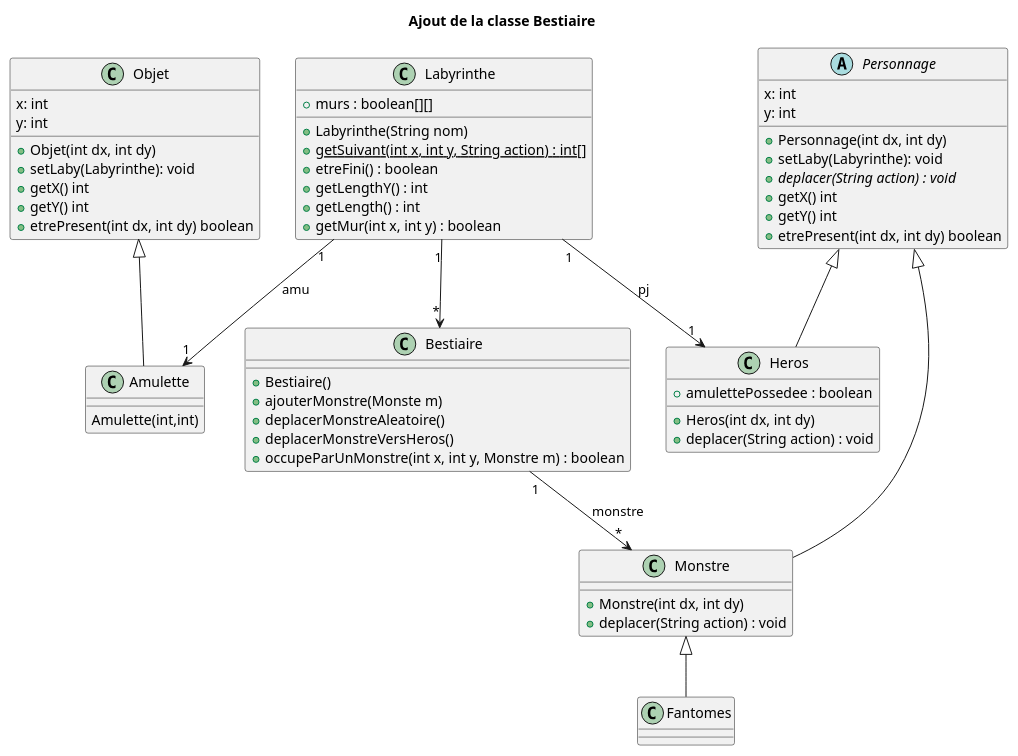
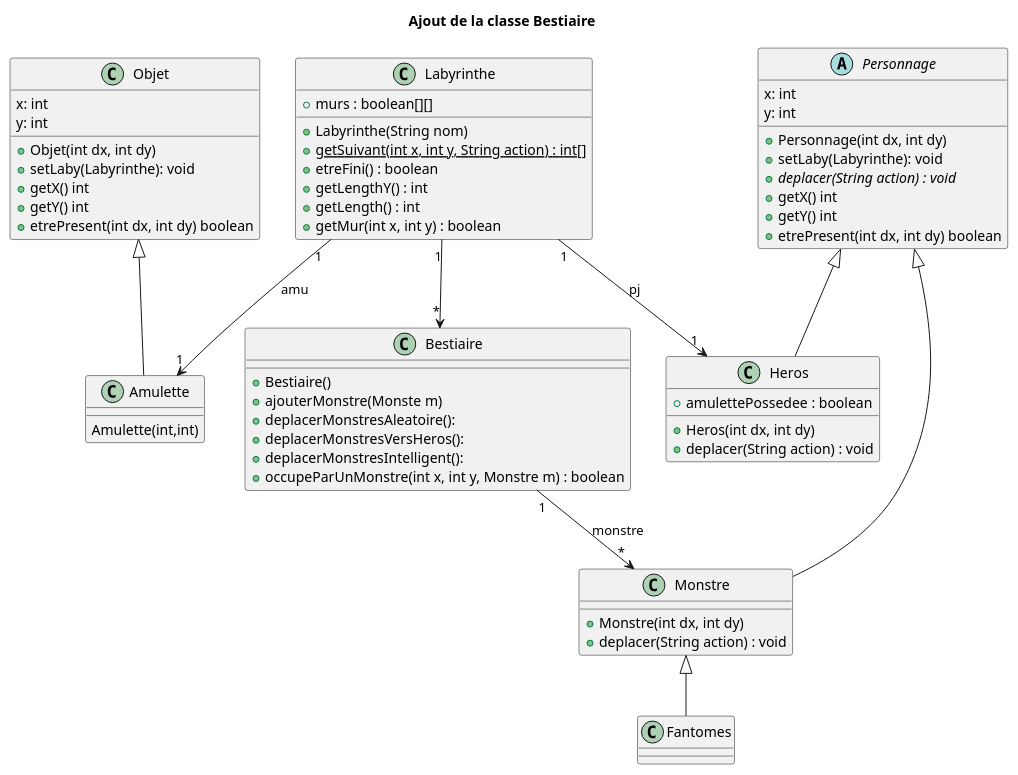
The diagram in documents/version_4/DC_Bestiaire.puml (crochetremi/2025_Zeldiablo2_e20157u_e82008u_e89209u_e26078u), drawn with PlantUML before and after one commit. The commit also changed 6 other files, not shown here.

```diff
--- a/documents/version_4/DC_Bestiaire.puml
+++ b/documents/version_4/DC_Bestiaire.puml
@@ -1,164 +1,165 @@
 @startuml
 
 title Ajout de la classe Bestiaire
 
     /'interface Jeu {
             +update(double secondes, Clavier clavier) : void
             +etreFini() : boolean
     }'/
 
     /'class Main {
         +{static} main(String[] args) : void
     }'/
 
     /'class MainLaby {
         +{static} main(String[] args) : void
     }'/
 
     /'class LabyJeu {
         '+laby : Labyrinthe
         +perso : Personnage
         +monstre : Personnage
         +LabyJeu():
         +LabyJeu(String):
         +update(double secondes, Clavier clavier) : void
         +init() : void
         +etreFini() : boolean
     }'/
 
     /'class LabyDessin {
         +dessinerJeu(Jeu jeu, Canvas canvas) : void
     }'/
 
     class Labyrinthe {
         /'
         +{static} MUR : char = 'X'
         +{static} PJ : char = 'P'
         +{static} M : char = 'M'
         +{static} VIDE : char = '.'
         +{static} HAUT : String = "Haut"
         +{static} BAS : String = "Bas"
         +{static} GAUCHE : String = "Gauche"
         +{static} DROITE : String = "Droite"
         '/
         +murs : boolean[][]
         +Labyrinthe(String nom)
         +{static} getSuivant(int x, int y, String action) : int[]
         +etreFini() : boolean
         +getLengthY() : int
         +getLength() : int
         +getMur(int x, int y) : boolean
     }
 
     class Bestiaire {
         +Bestiaire()
         +ajouterMonstre(Monste m)
-        +deplacerMonstreAleatoire()
-        +deplacerMonstreVersHeros()
+        +deplacerMonstresAleatoire():
+        +deplacerMonstresVersHeros():
+        +deplacerMonstresIntelligent():
         +occupeParUnMonstre(int x, int y, Monstre m) : boolean
     }
 
     abstract class Personnage {
         x: int
         y: int
         +Personnage(int dx, int dy)
         +setLaby(Labyrinthe): void
         +{abstract} deplacer(String action) : void
         +getX() int
         +getY() int
         +etrePresent(int dx, int dy) boolean
     }
 
 
 
     class Heros {
         + amulettePossedee : boolean
         +Heros(int dx, int dy)
         +deplacer(String action) : void
     }
 
     class Monstre {
         +Monstre(int dx, int dy)
         +deplacer(String action) : void
     }
 
     class Fantomes{
     }
 
     class Objet{
         x: int
         y: int
         +Objet(int dx, int dy)
         +setLaby(Labyrinthe): void
         +getX() int
         +getY() int
         +etrePresent(int dx, int dy) boolean
     }
 
     class Amulette{
         Amulette(int,int)
     }
 
 
 package "moteurJeu" {
     interface Jeu {
         +update(double secondes, Clavier clavier) : void
         +etreFini() : boolean
     }
 
     interface DessinJeu {
         +dessinerJeu(Jeu jeu, Canvas canvas) : void
     }
 
     class Clavier {
         +bas : boolean
         +haut : boolean
         +gauche : boolean
         +droite : boolean
     }
 
     class MoteurJeu {
         +{static} setTaille(int width, int height) : void
         +{static} setFPS(int fps) : void
         +{static} launch(Jeu jeu, DessinJeu dessin) : void
     }
 }
 
 ' Relations
 /'Jeu <|.. LabyJeu
 DessinJeu <|.. LabyDessin
 
 Labyrinthe --> Monstre
 Labyrinthe --> Heros
 
 
 LabyJeu --> Labyrinthe : contains
 Personnage <|-- Heros
 Personnage <|-- Monstre
 Labyrinthe --> Personnage
 
 
 Main ..> Labyrinthe : uses
 MainLaby ..> LabyJeu : creates
 MainLaby ..> LabyDessin : creates
 MainLaby ..> MoteurJeu : uses
 
 LabyJeu ..> Clavier : uses
 LabyDessin ..> LabyJeu : uses
 '/
 
 Labyrinthe "1" --> "*" Bestiaire
 Bestiaire "1" --> "*" Monstre : monstre
 Labyrinthe "1" --> "1" Heros : pj
 Labyrinthe "1" --> "1" Amulette : amu
 
 Personnage <|-- Heros
 Personnage <|-- Monstre
 Monstre <|-- Fantomes
 Objet <|-- Amulette
 
 
 
 remove moteurJeu
 
 @enduml
```
